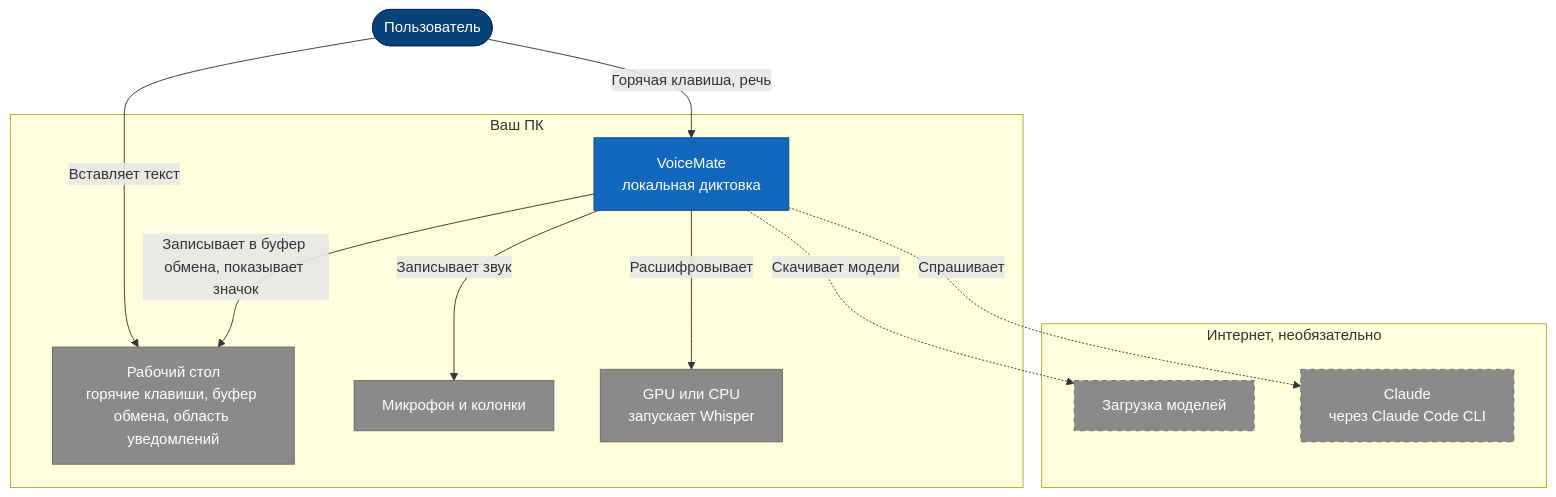
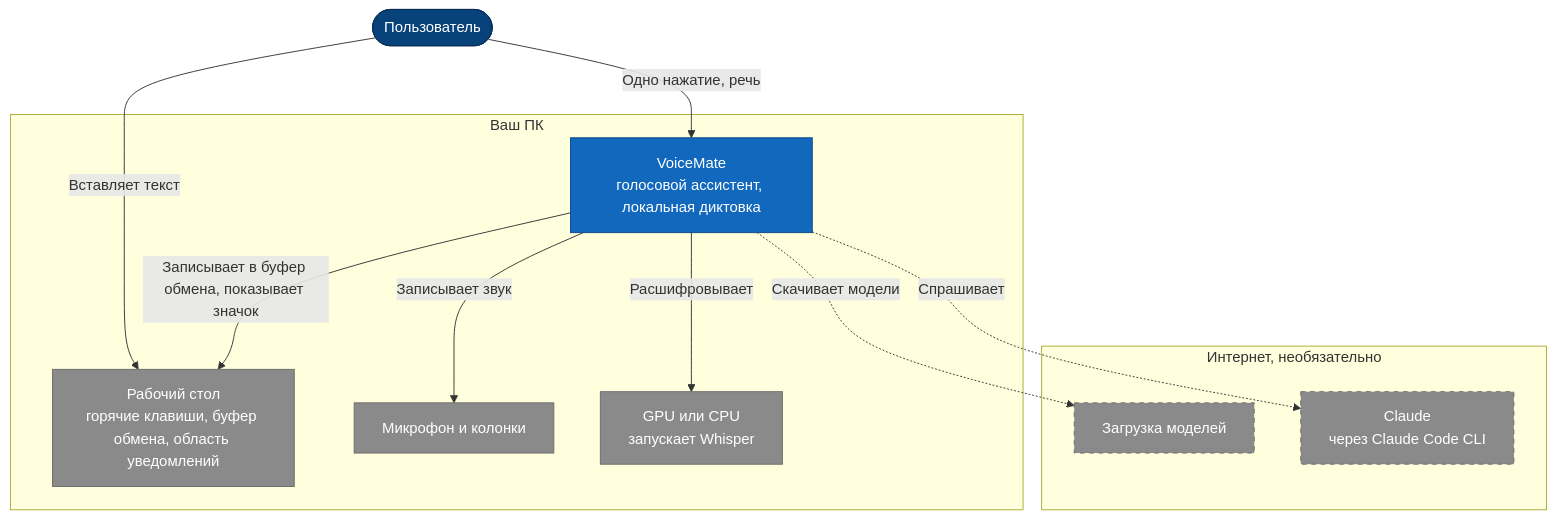
The first of 6 diagrams in README.ru.md (nano-br/voice-mate), drawn with Mermaid before and after one commit. The commit also changed other lines of this file and 29 other files, not shown here.

````diff
--- a/README.ru.md
+++ b/README.ru.md
@@ -212,36 +221,36 @@
 ```mermaid
 flowchart TB
     user(["Пользователь"])
     subgraph pc["Ваш ПК"]
-        vm["VoiceMate<br/>локальная диктовка"]
+        vm["VoiceMate<br/>голосовой ассистент, локальная диктовка"]
         desk["Рабочий стол<br/>горячие клавиши, буфер обмена, область уведомлений"]
         audio["Микрофон и колонки"]
         gpu["GPU или CPU<br/>запускает Whisper"]
     end
     subgraph net["Интернет, необязательно"]
         hub["Загрузка моделей"]
         claude["Claude<br/>через Claude Code CLI"]
     end
-    user -->|"Горячая клавиша, речь"| vm
+    user -->|"Одно нажатие, речь"| vm
     user -->|"Вставляет текст"| desk
     vm -->|"Записывает в буфер обмена, показывает значок"| desk
     vm -->|"Записывает звук"| audio
     vm -->|"Расшифровывает"| gpu
     vm -.->|"Скачивает модели"| hub
     vm -.->|"Спрашивает"| claude
 
     classDef person fill:#08427b,stroke:#052e56,color:#ffffff
     classDef system fill:#1168bd,stroke:#0b4884,color:#ffffff
     classDef container fill:#438dd5,stroke:#2e6295,color:#ffffff
     classDef component fill:#85bbf0,stroke:#5d82a8,color:#000000
     classDef store fill:#00838f,stroke:#005f66,color:#ffffff
     classDef external fill:#8a8a8a,stroke:#6b6b6b,color:#ffffff
     classDef optional fill:#8a8a8a,stroke:#6b6b6b,color:#ffffff,stroke-dasharray:5 5
     classDef ok fill:#2e7d32,stroke:#1b5e20,color:#ffffff
     classDef warn fill:#f9a825,stroke:#c17900,color:#000000
     classDef bad fill:#c0392b,stroke:#922b21,color:#ffffff
     class user person
     class vm system
     class desk,audio,gpu external
     class hub,claude optional
 ```
````
